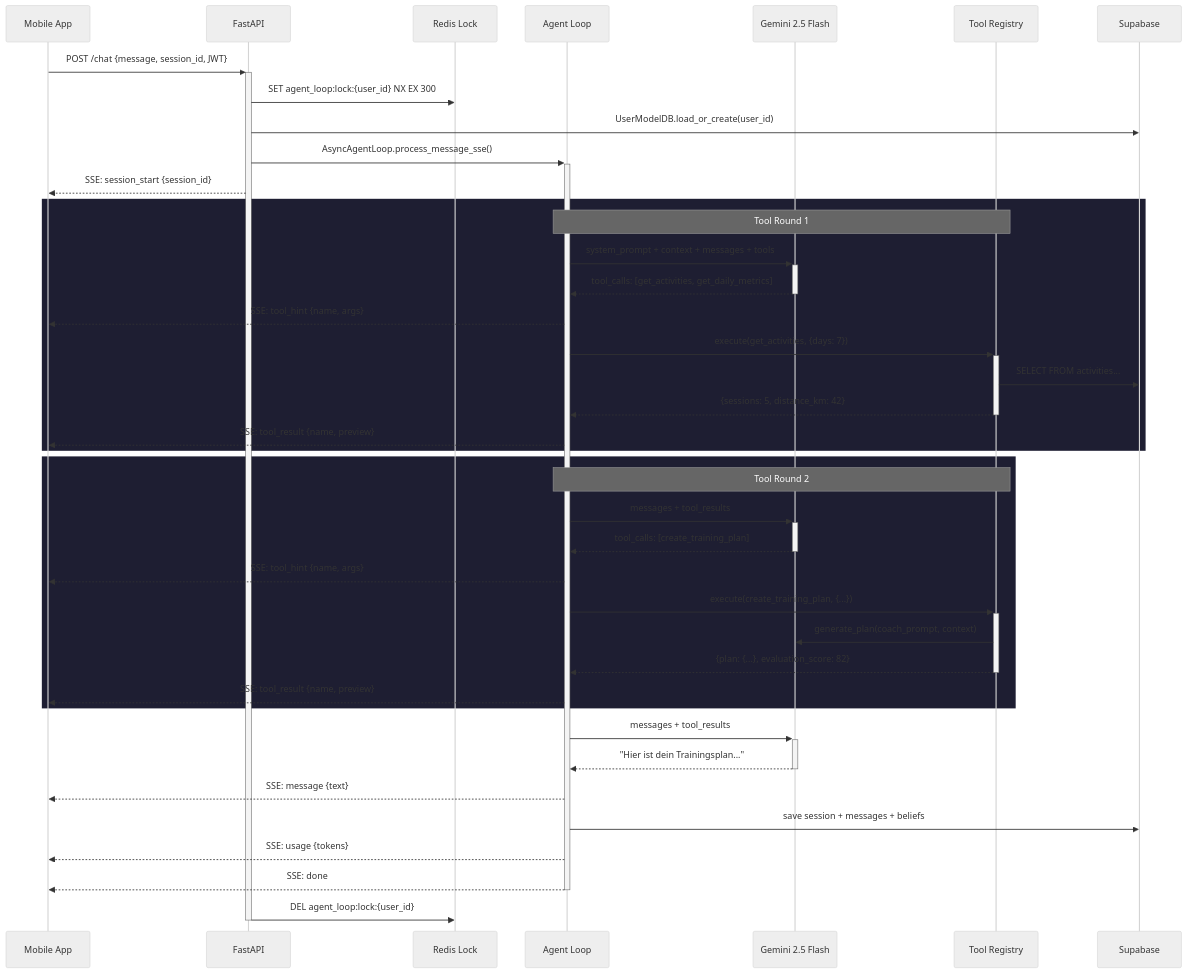
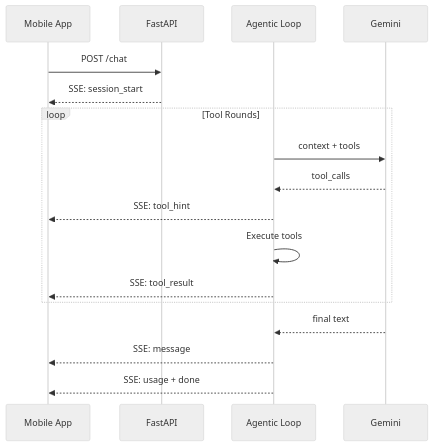
The sixth of 9 diagrams in README.md (RnltLabs/athletly-backend), drawn with Mermaid (neutral theme) before and after one commit. The commit also changed other lines of this file, not shown here.

First line of the commit message:
docs: simplify README diagrams, apply Athletly colors, add TOC

````diff
--- a/README.md
+++ b/README.md
@@ -301,48 +238,22 @@
 ```mermaid
 sequenceDiagram
     participant App as Mobile App
     participant API as FastAPI
-    participant Lock as Redis Lock
-    participant Agent as Agent Loop
-    participant LLM as Gemini 2.5 Flash
-    participant Tools as Tool Registry
-    participant DB as Supabase
+    participant Agent as Agentic Loop
+    participant LLM as Gemini
 
-    App->>+API: POST /chat {message, session_id, JWT}
-    API->>Lock: SET agent_loop:lock:{user_id} NX EX 300
-    API->>DB: UserModelDB.load_or_create(user_id)
-    API->>+Agent: AsyncAgentLoop.process_message_sse()
-    API-->>App: SSE: session_start {session_id}
+    App->>API: POST /chat
+    API-->>App: SSE: session_start
 
-    rect rgb(30, 30, 50)
-        Note over Agent,Tools: Tool Round 1
-        Agent->>+LLM: system_prompt + context + messages + tools
-        LLM-->>-Agent: tool_calls: [get_activities, get_daily_metrics]
-        Agent-->>App: SSE: tool_hint {name, args}
-        Agent->>+Tools: execute(get_activities, {days: 7})
-        Tools->>DB: SELECT FROM activities...
-        Tools-->>-Agent: {sessions: 5, distance_km: 42}
-        Agent-->>App: SSE: tool_result {name, preview}
+    loop Tool Rounds
+        Agent->>LLM: context + tools
+        LLM-->>Agent: tool_calls
+        Agent-->>App: SSE: tool_hint
+        Agent->>Agent: Execute tools
+        Agent-->>App: SSE: tool_result
     end
 
-    rect rgb(30, 30, 50)
-        Note over Agent,Tools: Tool Round 2
-        Agent->>+LLM: messages + tool_results
-        LLM-->>-Agent: tool_calls: [create_training_plan]
-        Agent-->>App: SSE: tool_hint {name, args}
-        Agent->>+Tools: execute(create_training_plan, {...})
-        Tools->>LLM: generate_plan(coach_prompt, context)
-        Tools-->>-Agent: {plan: {...}, evaluation_score: 82}
-        Agent-->>App: SSE: tool_result {name, preview}
-    end
-
-    Agent->>+LLM: messages + tool_results
-    LLM-->>-Agent: "Hier ist dein Trainingsplan..."
-    Agent-->>App: SSE: message {text}
-    Agent->>DB: save session + messages + beliefs
-    Agent-->>App: SSE: usage {tokens}
-    Agent-->>-App: SSE: done
-
-    API->>Lock: DEL agent_loop:lock:{user_id}
-    deactivate API
+    LLM-->>Agent: final text
+    Agent-->>App: SSE: message
+    Agent-->>App: SSE: usage + done
 ```
````
